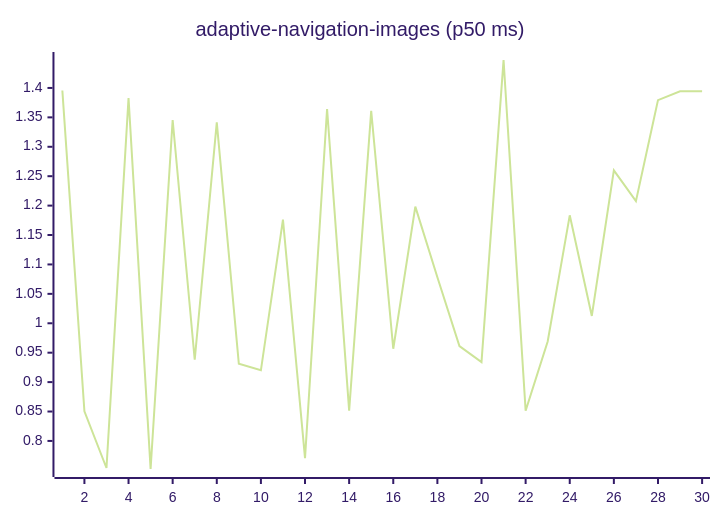
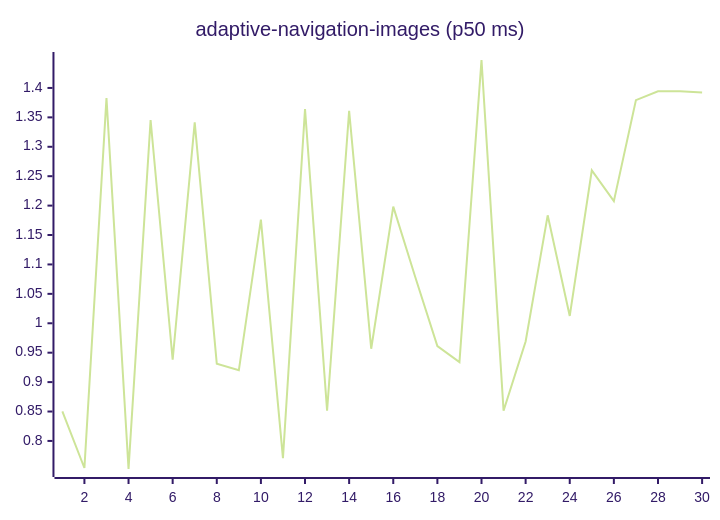
Before and after one commit to josha/Facet: the first of 27 diagrams in README.md, drawn with Mermaid (forest theme). The commit also changed other lines of this file and 2 other files, not shown here.

````diff
--- a/README.md
+++ b/README.md
@@ -63,6 +63,6 @@
 ```mermaid
 xychart-beta
     title "adaptive-navigation-images (p50 ms)"
     x-axis 1 --> 30
-    line [1.3956, 0.8504, 0.7540, 1.3829, 0.7523, 1.3455, 0.9380, 1.3415, 0.9312, 0.9201, 1.1763, 0.7707, 1.3642, 0.8516, 1.3610, 0.9567, 1.1983, 1.0783, 0.9612, 0.9339, 1.4475, 0.8514, 0.9690, 1.1835, 1.0125, 1.2600, 1.2076, 1.3793, 1.3944, 1.3942]
+    line [0.8504, 0.7540, 1.3829, 0.7523, 1.3455, 0.9380, 1.3415, 0.9312, 0.9201, 1.1763, 0.7707, 1.3642, 0.8516, 1.3610, 0.9567, 1.1983, 1.0783, 0.9612, 0.9339, 1.4475, 0.8514, 0.9690, 1.1835, 1.0125, 1.2600, 1.2076, 1.3793, 1.3944, 1.3942, 1.3921]
 ```
````
